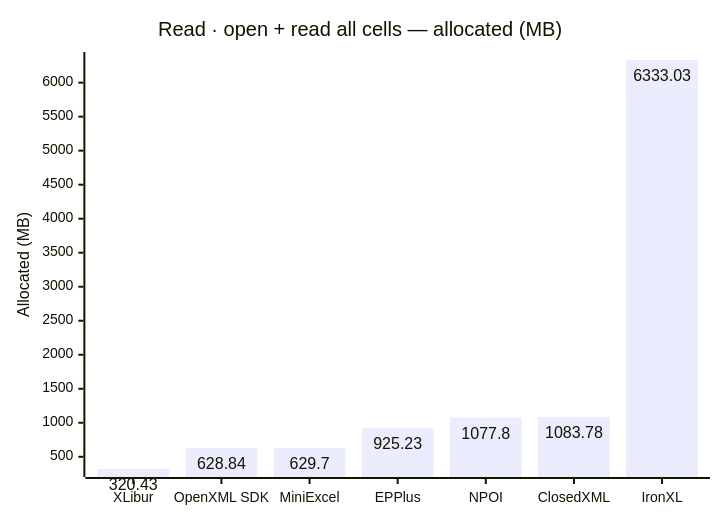
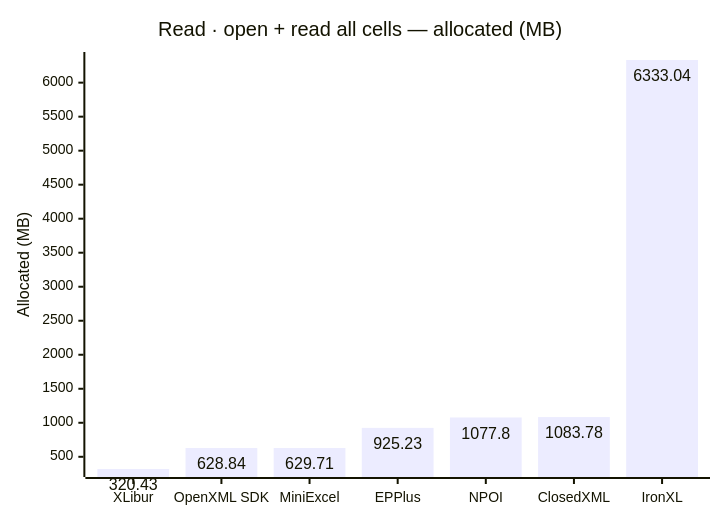
Before and after one commit to jafin/XLBench: the fourth of 12 diagrams in docs/results.md, drawn with Mermaid. The commit also changed other lines of this file and 2 other files, not shown here.

````diff
--- a/docs/results.md
+++ b/docs/results.md
@@ -74,12 +74,12 @@
 ```mermaid
 ---
 config:
   xyChart:
     showDataLabel: true
 ---
 xychart-beta
     title "Read · open + read all cells — allocated (MB)"
     x-axis ["XLibur", "OpenXML SDK", "MiniExcel", "EPPlus", "NPOI", "ClosedXML", "IronXL"]
     y-axis "Allocated (MB)"
-    bar [320.43, 628.84, 629.7, 925.23, 1077.8, 1083.78, 6333.03]
+    bar [320.43, 628.84, 629.71, 925.23, 1077.8, 1083.78, 6333.04]
 ```
````
